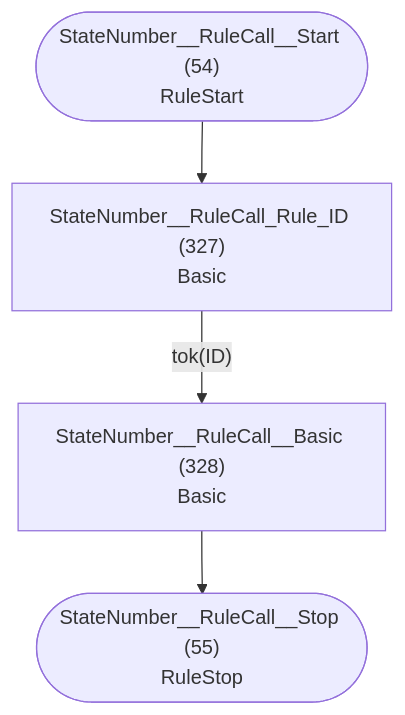
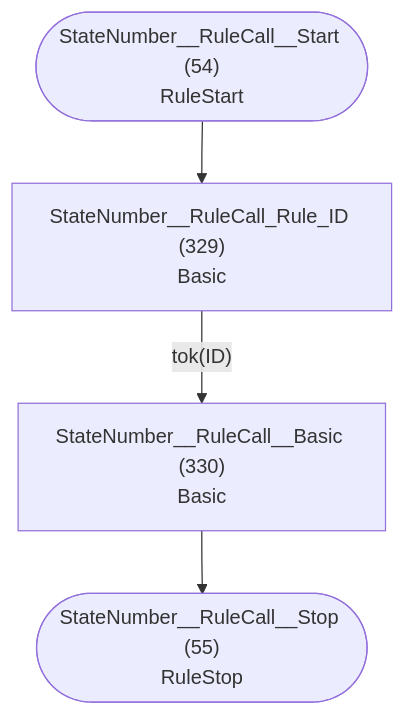
Before and after one commit to TypeFox/fastbelt: diagram 28 of 33 in internal/grammar/atn.md, drawn with Mermaid. The commit also changed other lines of this file and 18 other files, not shown here.

````diff
--- a/internal/grammar/atn.md
+++ b/internal/grammar/atn.md
@@ -853,11 +858,11 @@
 ```mermaid
 flowchart TD
     q54(["StateNumber__RuleCall__Start (54)<br/>RuleStart"])
     q55(["StateNumber__RuleCall__Stop (55)<br/>RuleStop"])
-    q327["StateNumber__RuleCall_Rule_ID (327)<br/>Basic<br/>"]
-    q328["StateNumber__RuleCall__Basic (328)<br/>Basic<br/>"]
+    q329["StateNumber__RuleCall_Rule_ID (329)<br/>Basic<br/>"]
+    q330["StateNumber__RuleCall__Basic (330)<br/>Basic<br/>"]
 
-    q54 --> q327
-    q327 -->|"tok(ID)"| q328
-    q328 --> q55
+    q54 --> q329
+    q329 -->|"tok(ID)"| q330
+    q330 --> q55
 ```
````
